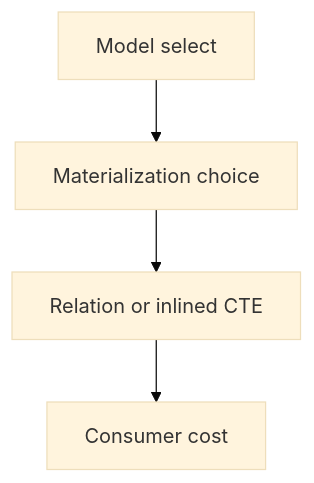
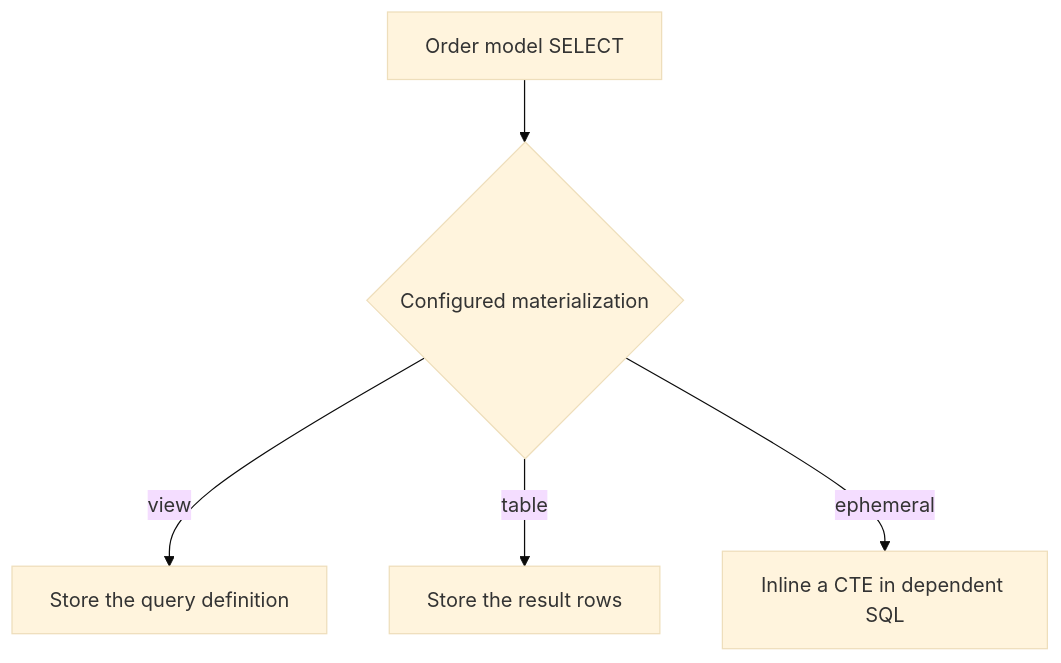
The diagram in docs/lessons/0009-views-tables-ephemeral-models-and-adapter-choices.md (Rohit1024/dbt-learn), drawn with Mermaid (base theme) before and after one commit. The commit also changed other lines of this file and 4 other files, not shown here.

````diff
--- a/docs/lessons/0009-views-tables-ephemeral-models-and-adapter-choices.md
+++ b/docs/lessons/0009-views-tables-ephemeral-models-and-adapter-choices.md
@@ -7,8 +13,7 @@
 ```mermaid
 flowchart TD
-    A["Model select"]
-    B["Materialization choice"]
-    C["Relation or inlined CTE"]
-    D["Consumer cost"]
-    A --> B --> C --> D
+    Query["Order model SELECT"] --> Choice{"Configured materialization"}
+    Choice -->|"view"| View["Store the query definition"]
+    Choice -->|"table"| Table["Store the result rows"]
+    Choice -->|"ephemeral"| CTE["Inline a CTE in dependent SQL"]
 ```
````
